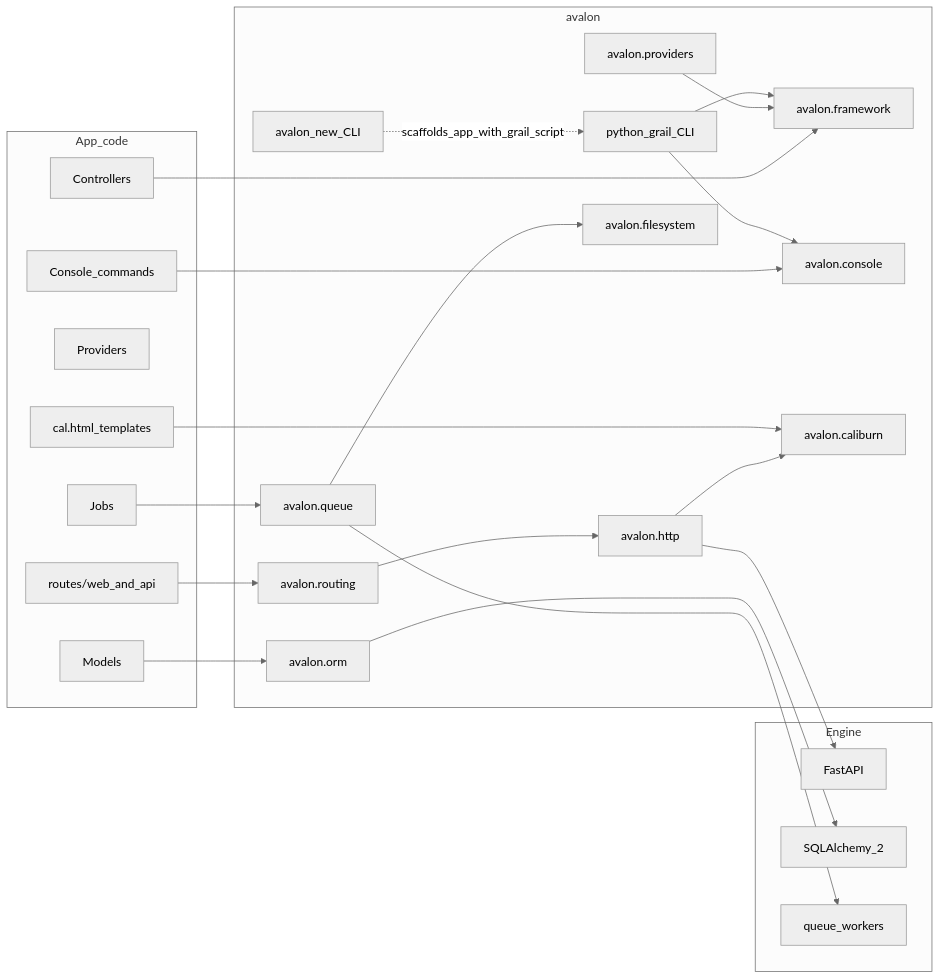
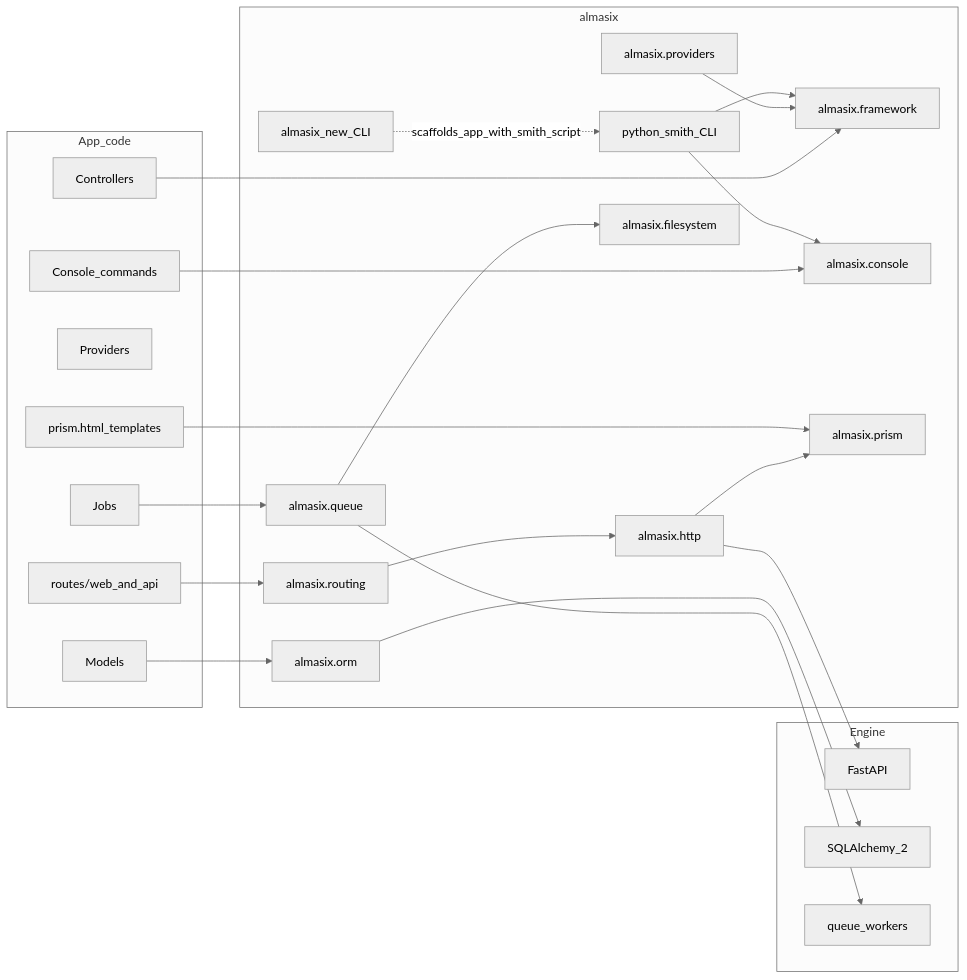
Before and after one commit to almasix-dev/almasix: the diagram in docs/PLAN.md, drawn with Mermaid (neutral theme). The commit also changed other lines of this file and 981 other files, not shown here.

First line of the commit message:
Rename to Almasix, and its tools to smith, prism, loupe (#37)

````diff
--- a/docs/PLAN.md
+++ b/docs/PLAN.md
@@ -25,49 +27,49 @@
 ```mermaid
 flowchart LR
   subgraph appDev [App_code]
     Routes[routes/web_and_api]
     Controllers[Controllers]
     Providers[Providers]
     Models[Models]
     Commands[Console_commands]
     Jobs[Jobs]
-    CalTemplates[cal.html_templates]
+    PrismTemplates[prism.html_templates]
   end
 
-  subgraph avalonPkg [avalon]
-    Installer[avalon_new_CLI]
-    Grail[python_grail_CLI]
-    Framework[avalon.framework]
-    Http[avalon.http]
-    Routing[avalon.routing]
-    ProvidersPkg[avalon.providers]
-    Console[avalon.console]
-    Filesystem[avalon.filesystem]
-    Queue[avalon.queue]
-    Orm[avalon.orm]
-    Caliburn[avalon.caliburn]
+  subgraph almasixPkg [almasix]
+    Installer[almasix_new_CLI]
+    Smith[python_smith_CLI]
+    Framework[almasix.framework]
+    Http[almasix.http]
+    Routing[almasix.routing]
+    ProvidersPkg[almasix.providers]
+    Console[almasix.console]
+    Filesystem[almasix.filesystem]
+    Queue[almasix.queue]
+    Orm[almasix.orm]
+    Prism[almasix.prism]
   end
 
   subgraph engine [Engine]
     FastAPI[FastAPI]
     SA[SQLAlchemy_2]
     Workers[queue_workers]
   end
 
-  Installer -.->|scaffolds_app_with_grail_script| Grail
-  Grail --> Framework
-  Grail --> Console
+  Installer -.->|scaffolds_app_with_smith_script| Smith
+  Smith --> Framework
+  Smith --> Console
   ProvidersPkg --> Framework
   Routes --> Routing
   Routing --> Http
   Http --> FastAPI
   Controllers --> Framework
   Commands --> Console
   Jobs --> Queue
   Queue --> Workers
   Queue --> Filesystem
   Models --> Orm
   Orm --> SA
-  CalTemplates --> Caliburn
-  Http --> Caliburn
+  PrismTemplates --> Prism
+  Http --> Prism
 ```
````
